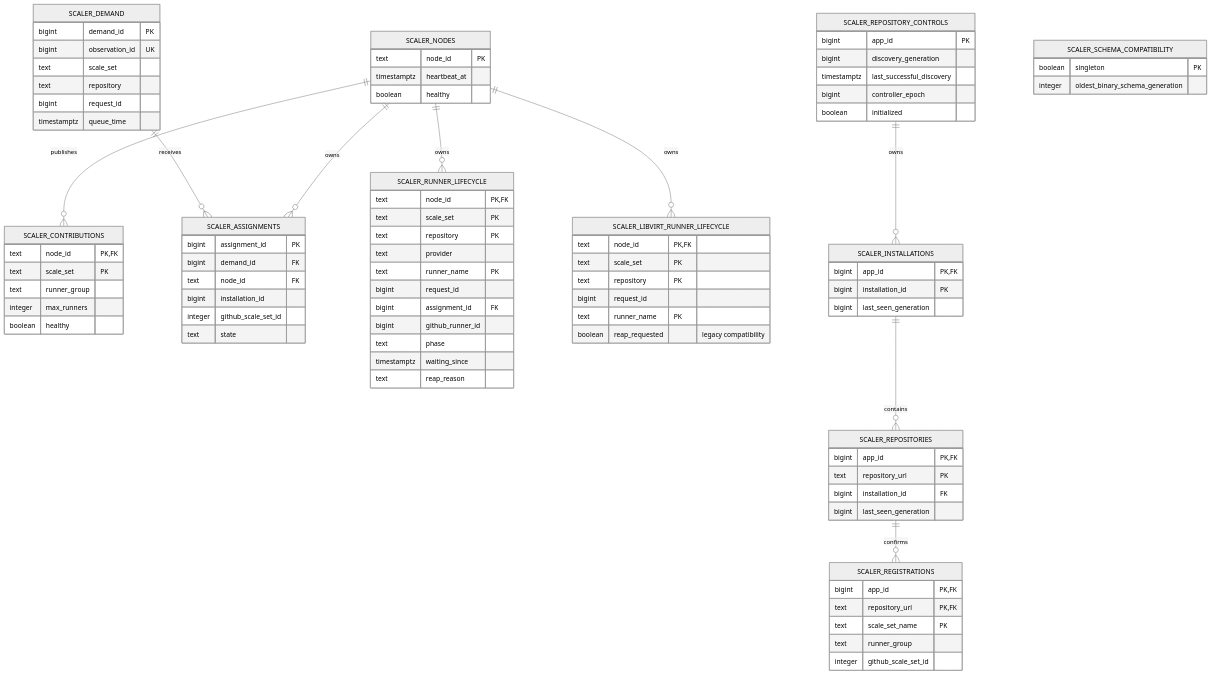
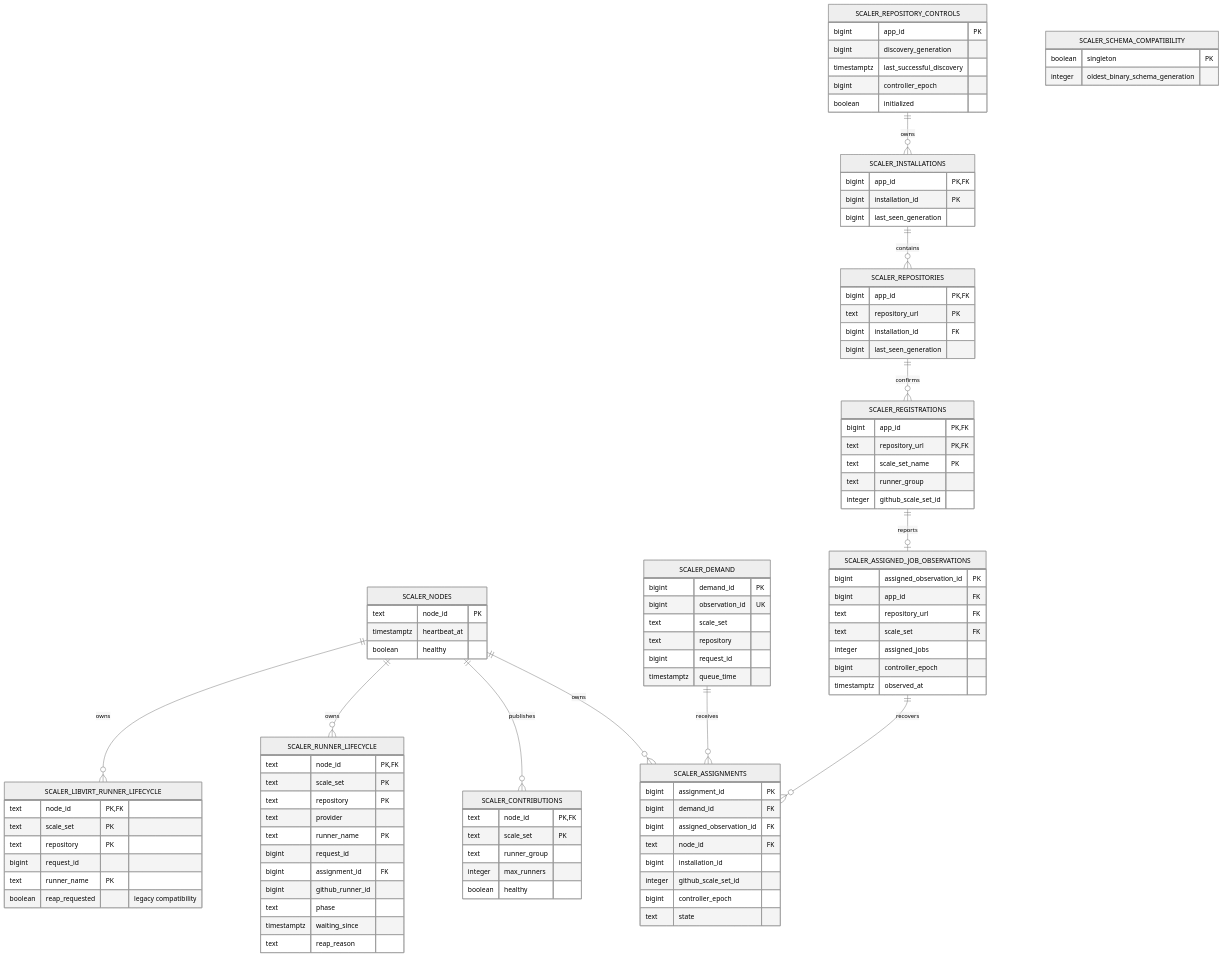
Diagram 11 of 13 in docs/architecture.md (stateshifters/runnerfoundry), drawn with Mermaid (neutral theme) before and after one commit. The commit also changed other lines of this file and 59 other files, not shown here.

Commit message:
fix: bind request ID to busy runners and improve assigned job recovery

```diff
--- a/docs/architecture.md
+++ b/docs/architecture.md
@@ -484,6 +489,8 @@
     SCALER_REPOSITORY_CONTROLS ||--o{ SCALER_INSTALLATIONS : owns
     SCALER_INSTALLATIONS ||--o{ SCALER_REPOSITORIES : contains
     SCALER_REPOSITORIES ||--o{ SCALER_REGISTRATIONS : confirms
+    SCALER_REGISTRATIONS ||--o| SCALER_ASSIGNED_JOB_OBSERVATIONS : reports
+    SCALER_ASSIGNED_JOB_OBSERVATIONS ||--o{ SCALER_ASSIGNMENTS : recovers
 
     SCALER_SCHEMA_COMPATIBILITY {
         boolean singleton PK
@@ -534,12 +541,23 @@
         bigint request_id
         timestamptz queue_time
     }
+    SCALER_ASSIGNED_JOB_OBSERVATIONS {
+        bigint assigned_observation_id PK
+        bigint app_id FK
+        text repository_url FK
+        text scale_set FK
+        integer assigned_jobs
+        bigint controller_epoch
+        timestamptz observed_at
+    }
     SCALER_ASSIGNMENTS {
         bigint assignment_id PK
         bigint demand_id FK
+        bigint assigned_observation_id FK
         text node_id FK
         bigint installation_id
         integer github_scale_set_id
+        bigint controller_epoch
         text state
     }
     SCALER_RUNNER_LIFECYCLE {
```
